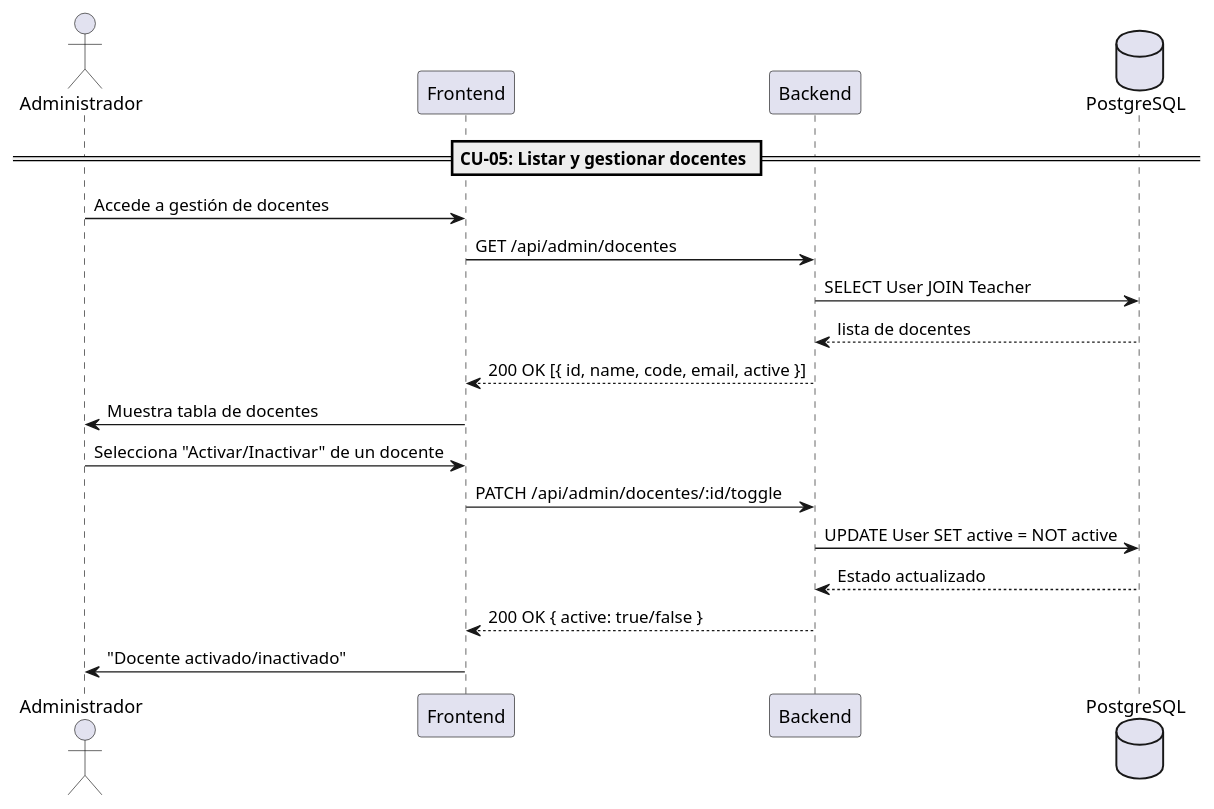
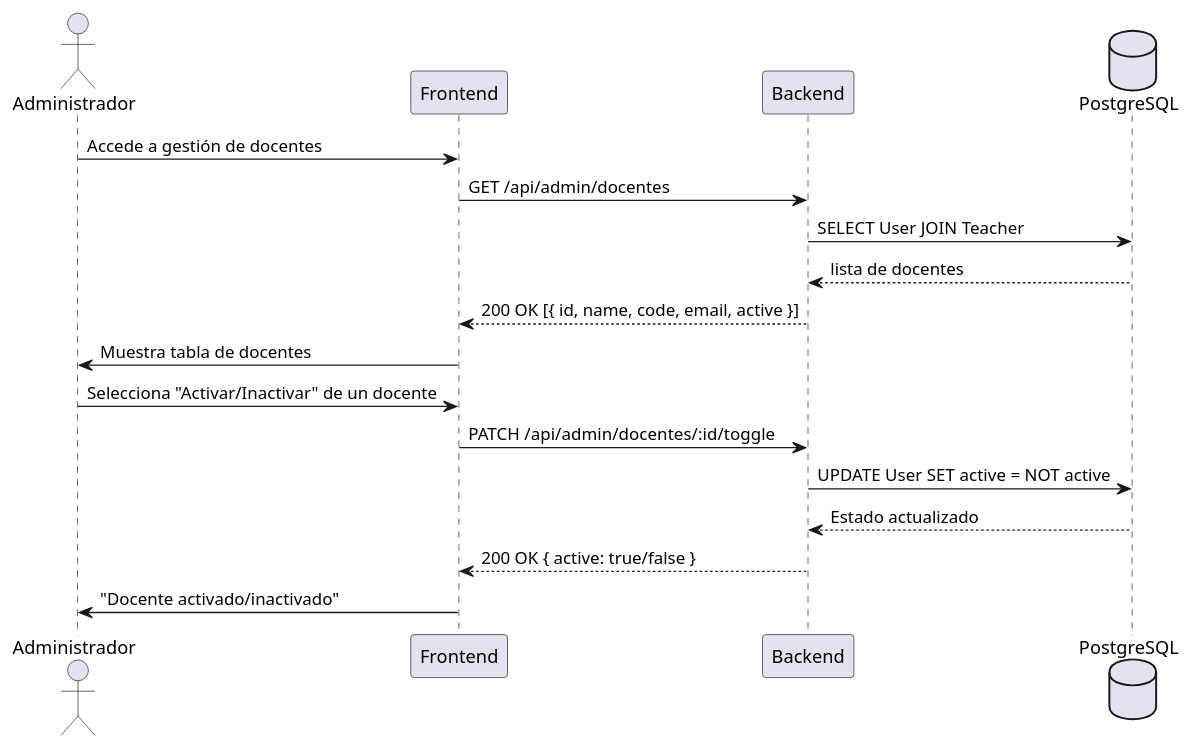
The tenth of 52 diagrams in docs/annexes/cu-especificacion.md (LinuxLab-UFPS/LinuxLab), drawn with PlantUML before and after one commit. The commit also changed other lines of this file and 1 other file, not shown here.

````diff
--- a/docs/annexes/cu-especificacion.md
+++ b/docs/annexes/cu-especificacion.md
@@ -400,25 +500,23 @@
 ```plantuml
 @startuml
 actor Administrador as A
 participant "Frontend" as FE
 participant "Backend" as BE
 database "PostgreSQL" as DB
-
-== CU-05: Listar y gestionar docentes ==
 
 A -> FE : Accede a gestión de docentes
 FE -> BE : GET /api/admin/docentes
 BE -> DB : SELECT User JOIN Teacher
 DB --> BE : lista de docentes
 BE --> FE : 200 OK [{ id, name, code, email, active }]
 FE -> A : Muestra tabla de docentes
 
 A -> FE : Selecciona "Activar/Inactivar" de un docente
 FE -> BE : PATCH /api/admin/docentes/:id/toggle
 BE -> DB : UPDATE User SET active = NOT active
 DB --> BE : Estado actualizado
 BE --> FE : 200 OK { active: true/false }
 FE -> A : "Docente activado/inactivado"
 
 @enduml
 ```
````
